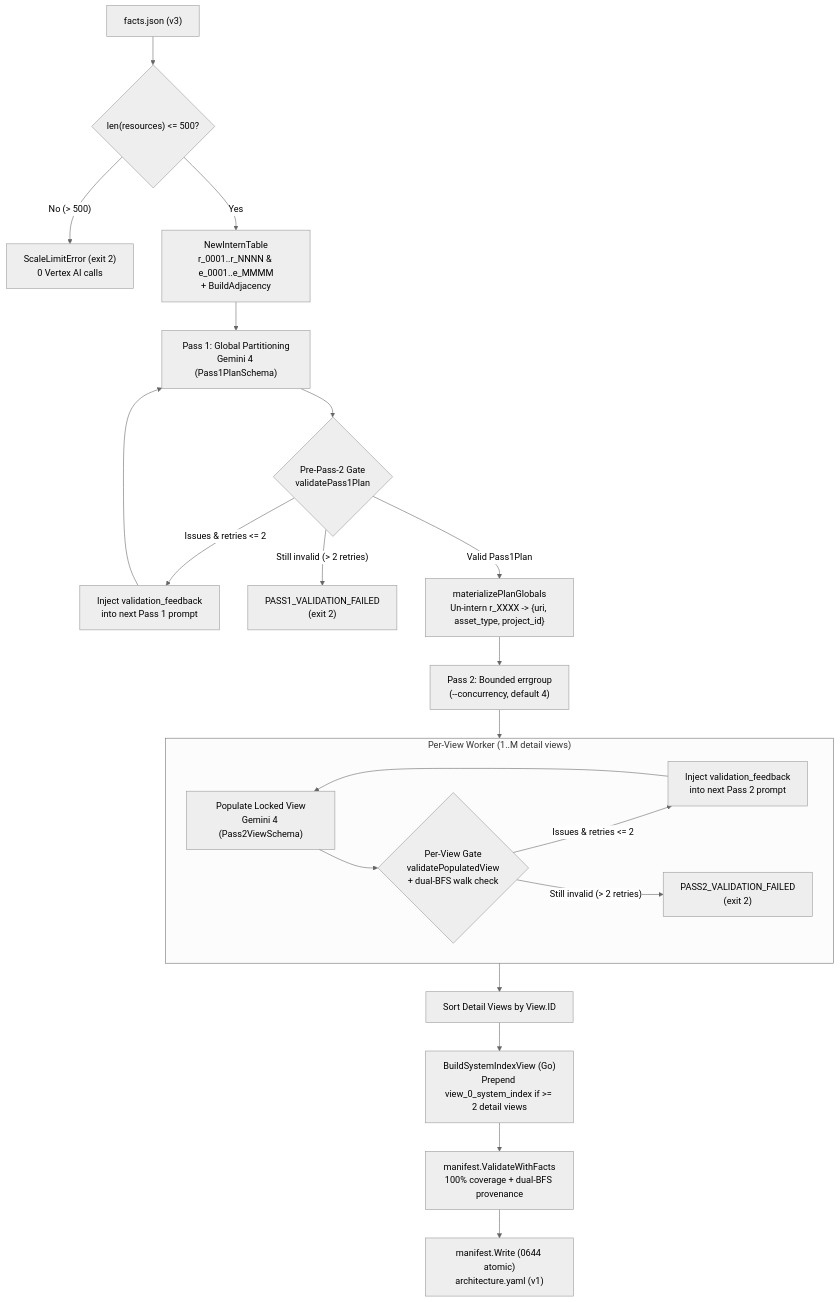
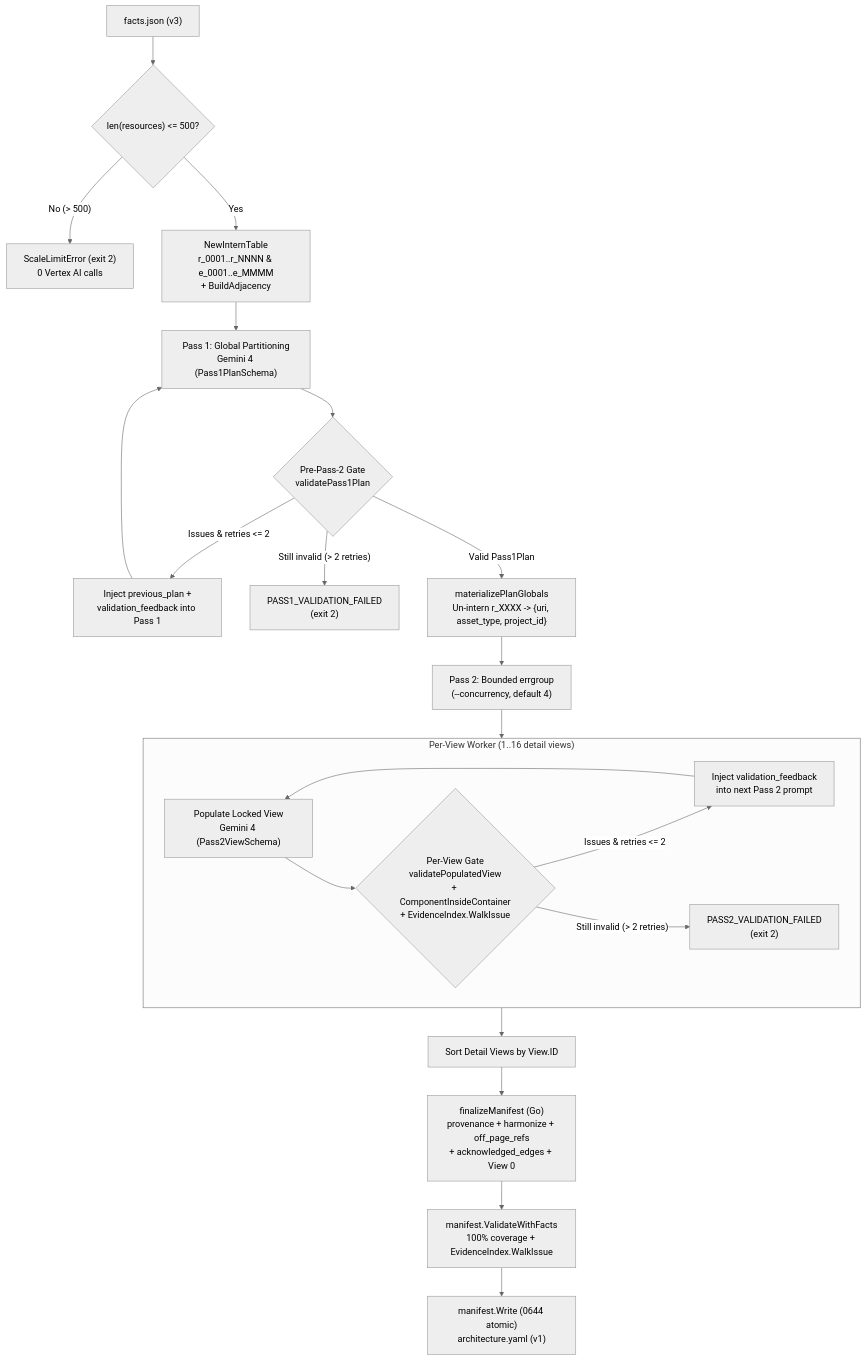
One commit to arrase/gcp-arch changed the first of 2 diagrams in gh-pages/synthesis.md. Above: the diagram before and after it, drawn with Mermaid (neutral theme). The commit also changed other lines of this file and 11 other files, not shown here.

````diff
--- a/gh-pages/synthesis.md
+++ b/gh-pages/synthesis.md
@@ -146,28 +146,28 @@
 ```mermaid
 flowchart TD
     Facts["facts.json (v3)"] --> Cap{"len(resources) <= 500?"}
     Cap -- "No (> 500)" --> ErrCap["ScaleLimitError (exit 2)\n0 Vertex AI calls"]
     Cap -- "Yes" --> Intern["NewInternTable\nr_0001..r_NNNN & e_0001..e_MMMM\n+ BuildAdjacency"]
 
     Intern --> P1["Pass 1: Global Partitioning\nGemini 4 (Pass1PlanSchema)"]
     P1 --> Gate1{"Pre-Pass-2 Gate\nvalidatePass1Plan"}
-    Gate1 -- "Issues & retries <= 2" --> P1Retry["Inject validation_feedback\ninto next Pass 1 prompt"]
+    Gate1 -- "Issues & retries <= 2" --> P1Retry["Inject previous_plan +\nvalidation_feedback into Pass 1"]
     P1Retry --> P1
     Gate1 -- "Still invalid (> 2 retries)" --> ErrP1["PASS1_VALIDATION_FAILED\n(exit 2)"]
 
     Gate1 -- "Valid Pass1Plan" --> Mat["materializePlanGlobals\nUn-intern r_XXXX -> {uri, asset_type, project_id}"]
     Mat --> P2Pool["Pass 2: Bounded errgroup\n(--concurrency, default 4)"]
 
-    subgraph P2Worker ["Per-View Worker (1..M detail views)"]
-        P2["Populate Locked View\nGemini 4 (Pass2ViewSchema)"] --> Gate2{"Per-View Gate\nvalidatePopulatedView\n+ dual-BFS walk check"}
+    subgraph P2Worker ["Per-View Worker (1..16 detail views)"]
+        P2["Populate Locked View\nGemini 4 (Pass2ViewSchema)"] --> Gate2{"Per-View Gate\nvalidatePopulatedView\n+ ComponentInsideContainer\n+ EvidenceIndex.WalkIssue"}
         Gate2 -- "Issues & retries <= 2" --> P2Retry["Inject validation_feedback\ninto next Pass 2 prompt"]
         P2Retry --> P2
         Gate2 -- "Still invalid (> 2 retries)" --> ErrP2["PASS2_VALIDATION_FAILED\n(exit 2)"]
     end
 
     P2Pool --> P2Worker
     P2Worker --> SortViews["Sort Detail Views by View.ID"]
-    SortViews --> View0["BuildSystemIndexView (Go)\nPrepend view_0_system_index if >= 2 detail views"]
-    View0 --> FinalGate["manifest.ValidateWithFacts\n100% coverage + dual-BFS provenance"]
+    SortViews --> Finalize["finalizeManifest (Go)\nprovenance + harmonize + off_page_refs\n+ acknowledged_edges + View 0"]
+    Finalize --> FinalGate["manifest.ValidateWithFacts\n100% coverage + EvidenceIndex.WalkIssue"]
     FinalGate --> Write["manifest.Write (0644 atomic)\narchitecture.yaml (v1)"]
 ```
````
